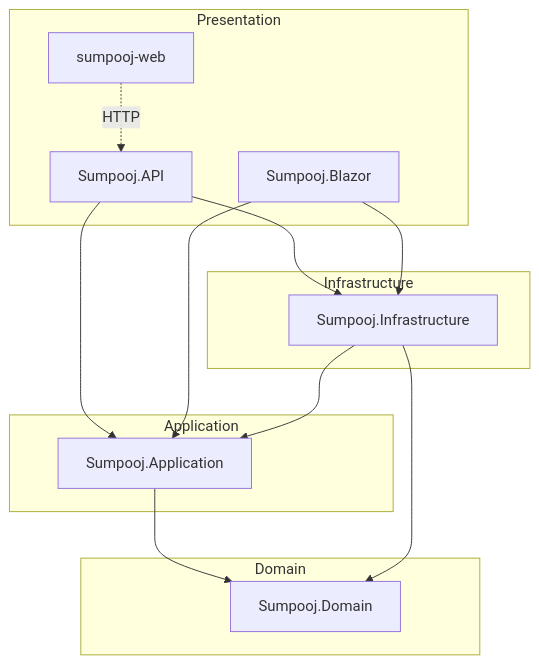
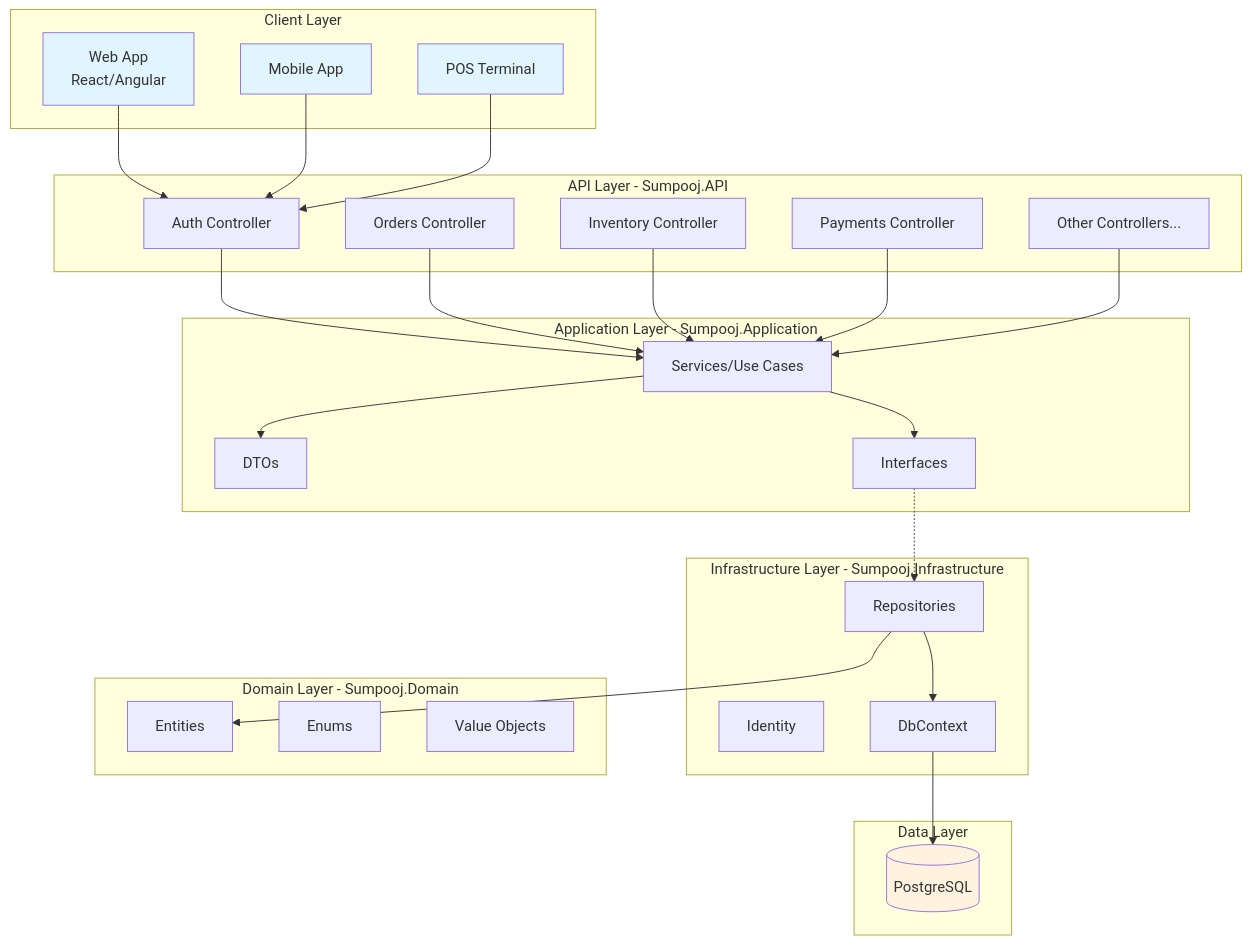
One commit to justflowerdelhi/floraprise changed the first of 9 diagrams in README.md. Above: the diagram before and after it, drawn with Mermaid. The commit also changed other lines of this file and 66 other files, not shown here.

````diff
--- a/README.md
+++ b/README.md
@@ -121,29 +73,62 @@
 ```mermaid
 graph TB
-    subgraph Presentation
-        API[Sumpooj.API]
-        Blazor[Sumpooj.Blazor]
-        Web[sumpooj-web]
+    subgraph "Client Layer"
+        WEB[Web App<br/>React/Angular]
+        MOBILE[Mobile App]
+        POS[POS Terminal]
     end
-    
-    subgraph Application
-        App[Sumpooj.Application]
+
+    subgraph "API Layer - Sumpooj.API"
+        AUTH[Auth Controller]
+        ORDERS[Orders Controller]
+        INV[Inventory Controller]
+        PAY[Payments Controller]
+        OTHER[Other Controllers...]
     end
-    
-    subgraph Domain
-        Dom[Sumpooj.Domain]
+
+    subgraph "Application Layer - Sumpooj.Application"
+        SVC[Services/Use Cases]
+        DTO[DTOs]
+        INT[Interfaces]
     end
-    
-    subgraph Infrastructure
-        Infra[Sumpooj.Infrastructure]
+
+    subgraph "Infrastructure Layer - Sumpooj.Infrastructure"
+        REPO[Repositories]
+        IDENT[Identity]
+        DBCTX[DbContext]
     end
-    
-    API --> App
-    Blazor --> App
-    Web -.->|HTTP| API
-    App --> Dom
-    Infra --> App
-    Infra --> Dom
-    API --> Infra
-    Blazor --> Infra
+
+    subgraph "Domain Layer - Sumpooj.Domain"
+        ENT[Entities]
+        ENUM[Enums]
+        VAL[Value Objects]
+    end
+
+    subgraph "Data Layer"
+        PG[(PostgreSQL)]
+    end
+
+    WEB --> AUTH
+    MOBILE --> AUTH
+    POS --> AUTH
+
+    AUTH --> SVC
+    ORDERS --> SVC
+    INV --> SVC
+    PAY --> SVC
+    OTHER --> SVC
+
+    SVC --> INT
+    SVC --> DTO
+
+    INT -.-> REPO
+    REPO --> DBCTX
+    REPO --> ENT
+
+    DBCTX --> PG
+
+    style WEB fill:#e1f5fe
+    style MOBILE fill:#e1f5fe
+    style POS fill:#e1f5fe
+    style PG fill:#fff3e0
 ```
````
